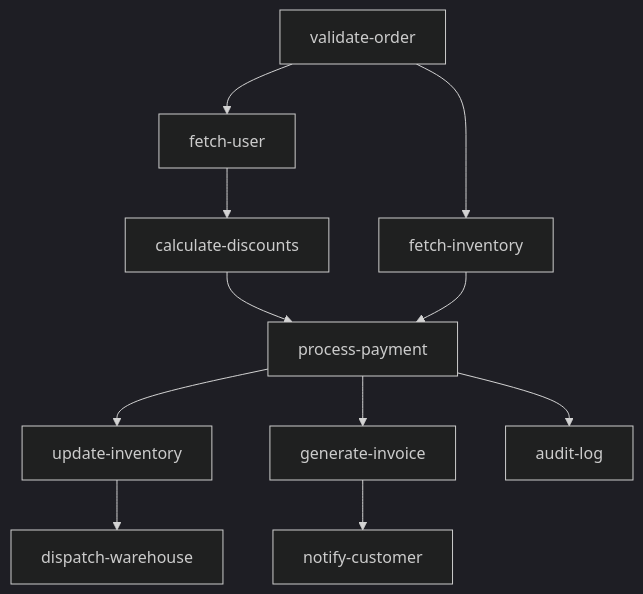
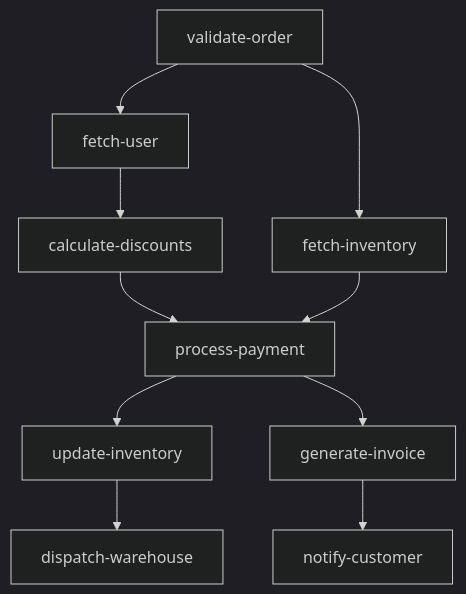
Before and after one commit to ntkwan/go-flow: the second of 2 diagrams in README.md, drawn with Mermaid (dark theme). The commit also changed other lines of this file and 2 other files, not shown here.

Commit message:
ci: configure automated mermaid diagram sync on push

````diff
--- a/README.md
+++ b/README.md
@@ -313,13 +311,12 @@
 ```mermaid
 graph TD
     validate_order["validate-order"] --> fetch_user["fetch-user"]
     validate_order["validate-order"] --> fetch_inventory["fetch-inventory"]
     fetch_user["fetch-user"] --> calculate_discounts["calculate-discounts"]
     calculate_discounts["calculate-discounts"] --> process_payment["process-payment"]
     fetch_inventory["fetch-inventory"] --> process_payment["process-payment"]
     process_payment["process-payment"] --> update_inventory["update-inventory"]
     process_payment["process-payment"] --> generate_invoice["generate-invoice"]
-    process_payment["process-payment"] --> audit_log["audit-log"]
     generate_invoice["generate-invoice"] --> notify_customer["notify-customer"]
     update_inventory["update-inventory"] --> dispatch_warehouse["dispatch-warehouse"]
 ```
````
